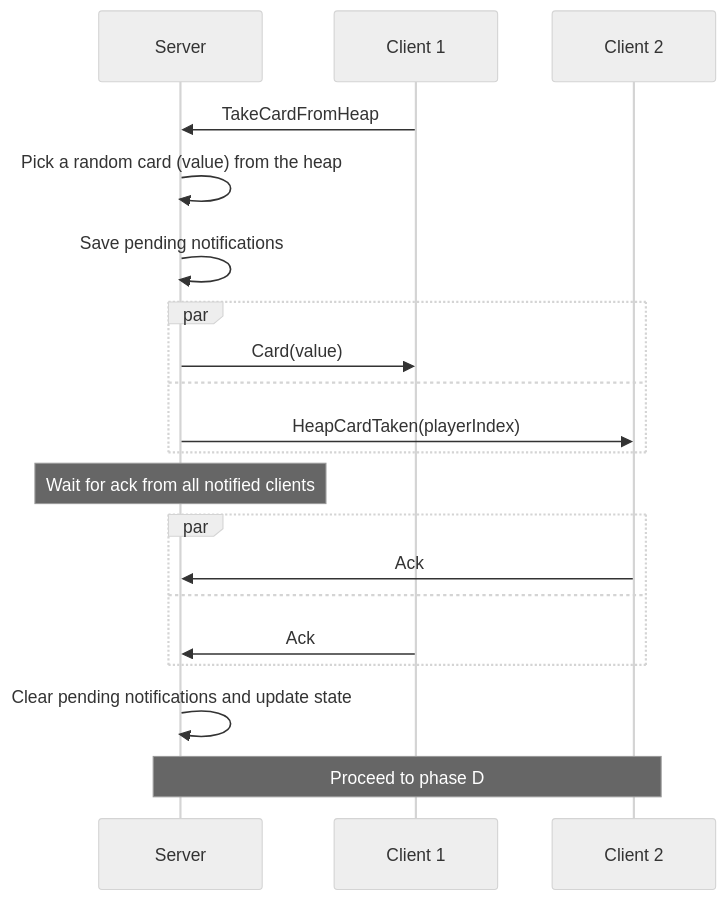
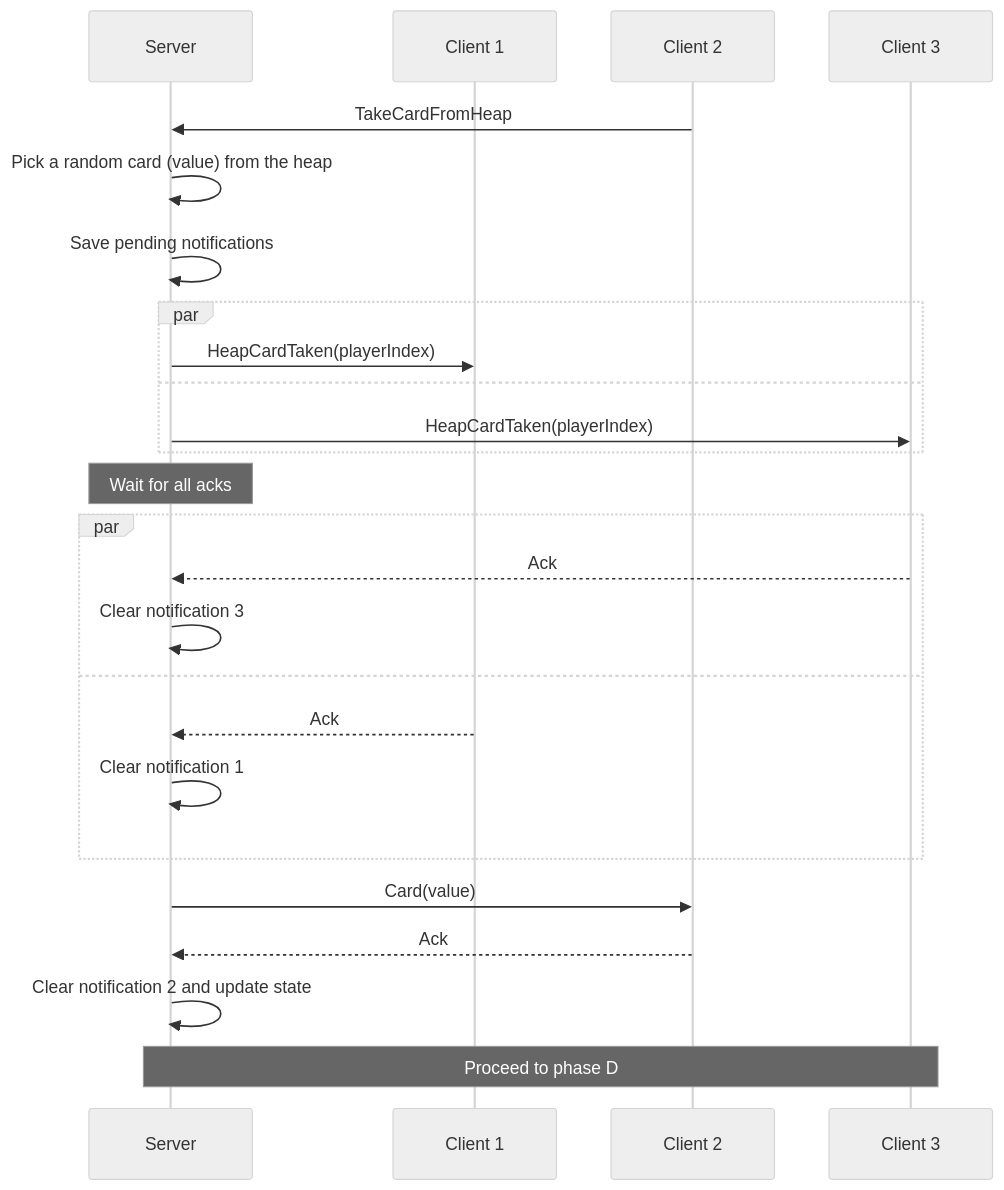
Before and after one commit to roman-zubarevich/another: the fourth of 15 diagrams in README.md, drawn with Mermaid (neutral theme). The commit also changed other lines of this file, not shown here.

````diff
--- a/README.md
+++ b/README.md
@@ -93,22 +105,27 @@
 ```mermaid
 sequenceDiagram
     participant S as Server
     participant C1 as Client 1
     participant C2 as Client 2
-    C1->>S: TakeCardFromHeap
+    participant C3 as Client 3
+    C2->>S: TakeCardFromHeap
     S->>S: Pick a random card (value) from the heap
     S->>S: Save pending notifications
     par
-        S->>C1: Card(value)
+        S->>C1: HeapCardTaken(playerIndex)
     and
-        S->>C2: HeapCardTaken(playerIndex)
+        S->>C3: HeapCardTaken(playerIndex)
     end
-    Note over S: Wait for ack from all notified clients
+    Note over S: Wait for all acks
     par
-        C2->>S: Ack
+        C3-->>S: Ack
+        S->>S: Clear notification 3
     and
-        C1->>S: Ack
+        C1-->>S: Ack
+        S->>S: Clear notification 1
     end
-    S->>S: Clear pending notifications and update state
-    Note over S,C2: Proceed to phase D
+    S->>C2: Card(value)
+    C2-->>S: Ack
+    S->>S: Clear notification 2 and update state
+    Note over S,C3: Proceed to phase D
 ```
````
